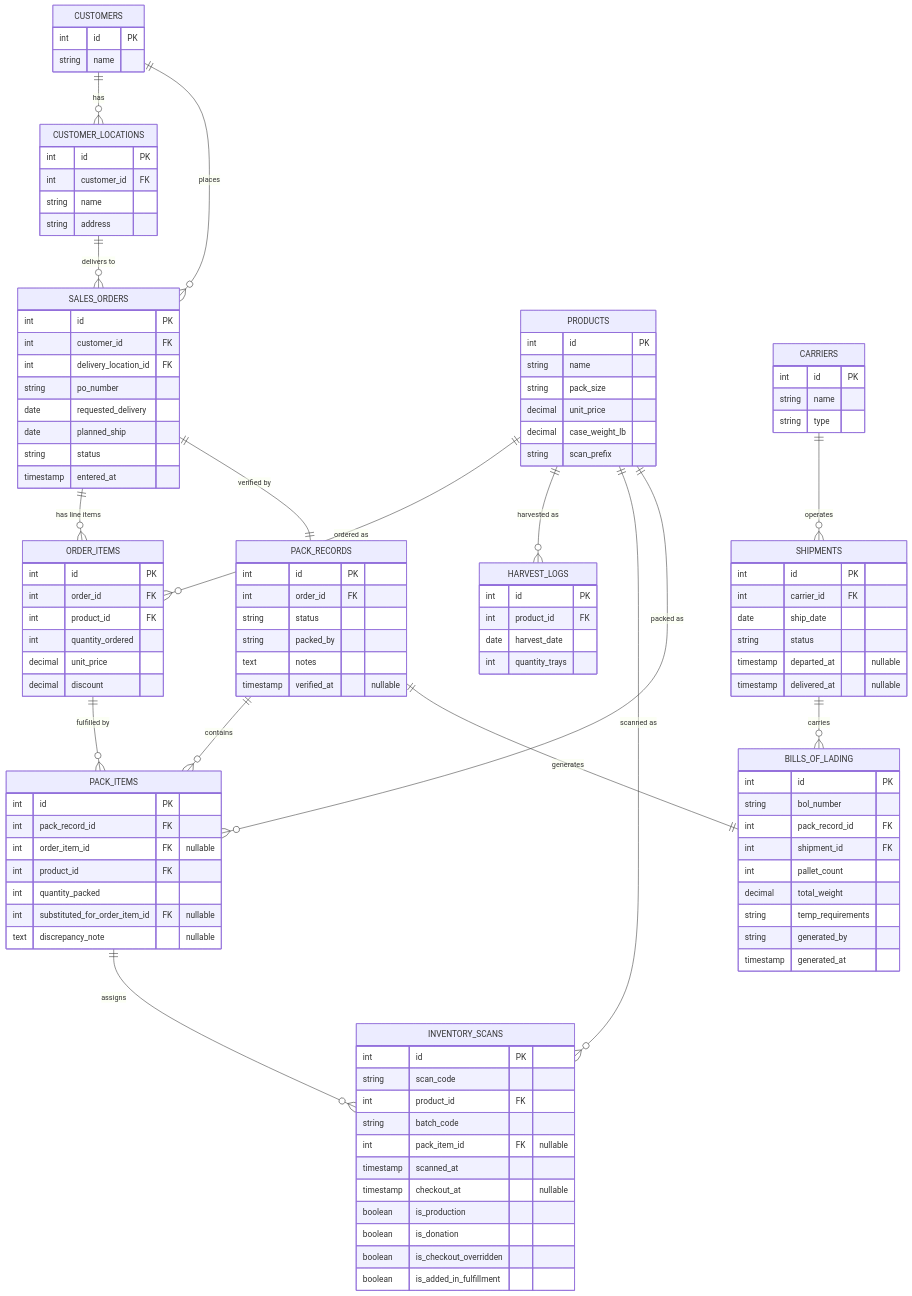
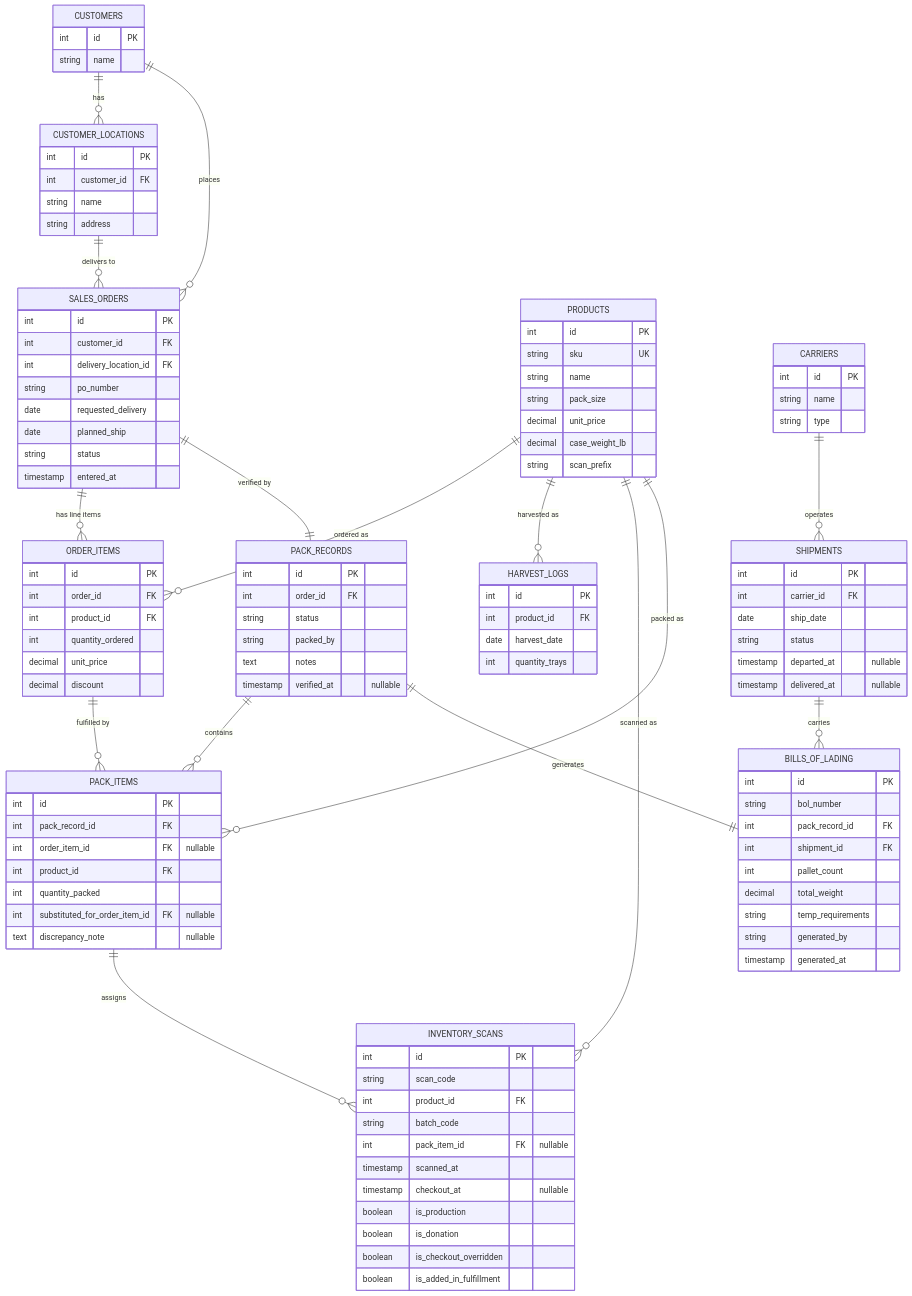
One commit to mathildepind/holo changed the diagram in PRD/HOLO_Data_Model.md. Above: the diagram before and after it, drawn with Mermaid. The commit also changed other lines of this file and 14 other files, not shown here.

```diff
--- a/PRD/HOLO_Data_Model.md
+++ b/PRD/HOLO_Data_Model.md
@@ -70,6 +69,7 @@
     }
     PRODUCTS {
         int id PK
+        string sku UK
         string name
         string pack_size
         decimal unit_price
```
